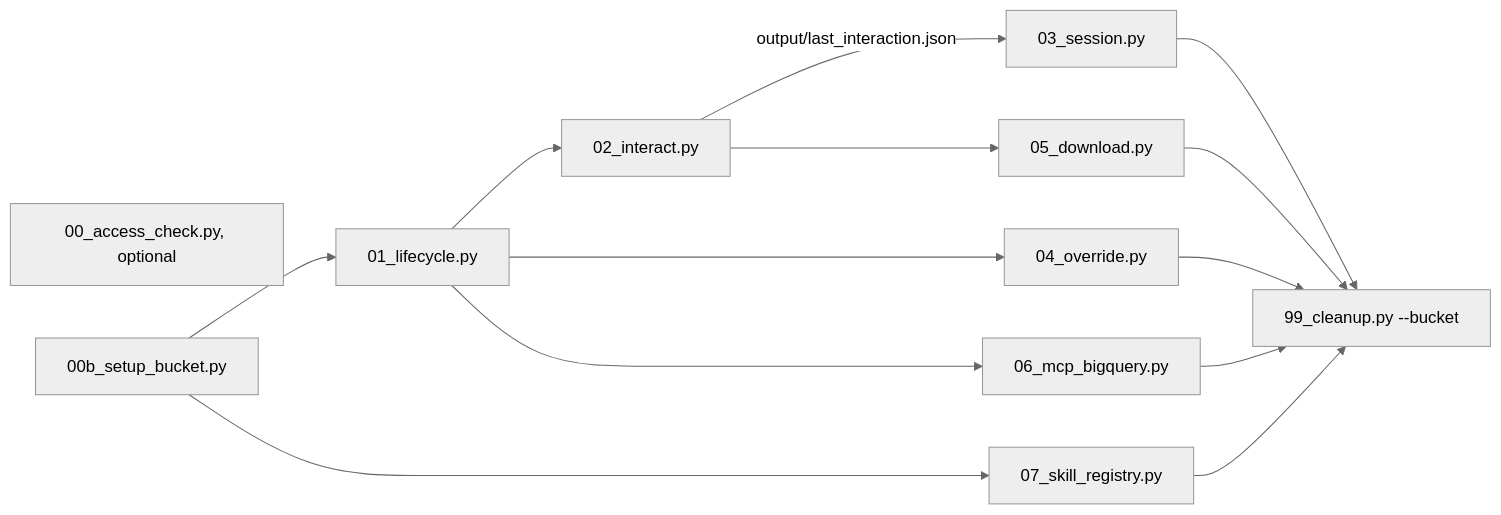
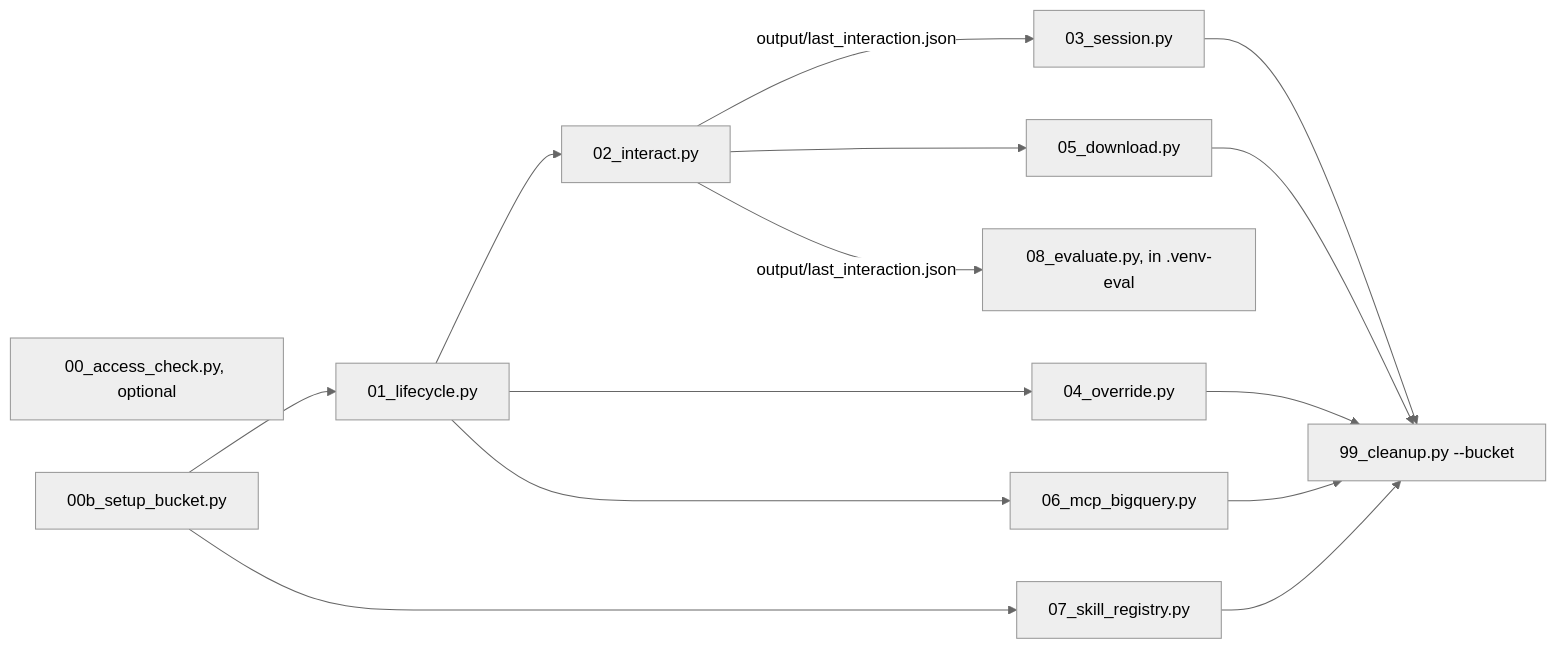
One commit to tohweizhong/agentic-demos changed the eighth of 9 diagrams in managed_agents_api/README.md. Above: the diagram before and after it, drawn with Mermaid (neutral theme). The commit also changed other lines of this file and 9 other files, not shown here.

````diff
--- a/managed_agents_api/README.md
+++ b/managed_agents_api/README.md
@@ -193,16 +228,17 @@
 ```mermaid
 flowchart LR
     s0["00_access_check.py, optional"]
     s1["00b_setup_bucket.py"] --> s2["01_lifecycle.py"]
     s2 --> s3["02_interact.py"]
     s3 -->|"output/last_interaction.json"| s4["03_session.py"]
     s2 --> s5["04_override.py"]
     s3 --> s6["05_download.py"]
     s2 --> s7["06_mcp_bigquery.py"]
     s1 --> s8["07_skill_registry.py"]
+    s3 -->|"output/last_interaction.json"| s10["08_evaluate.py, in .venv-eval"]
     s8 --> s9
     s4 --> s9["99_cleanup.py --bucket"]
     s5 --> s9
     s6 --> s9
     s7 --> s9
 ```
````
